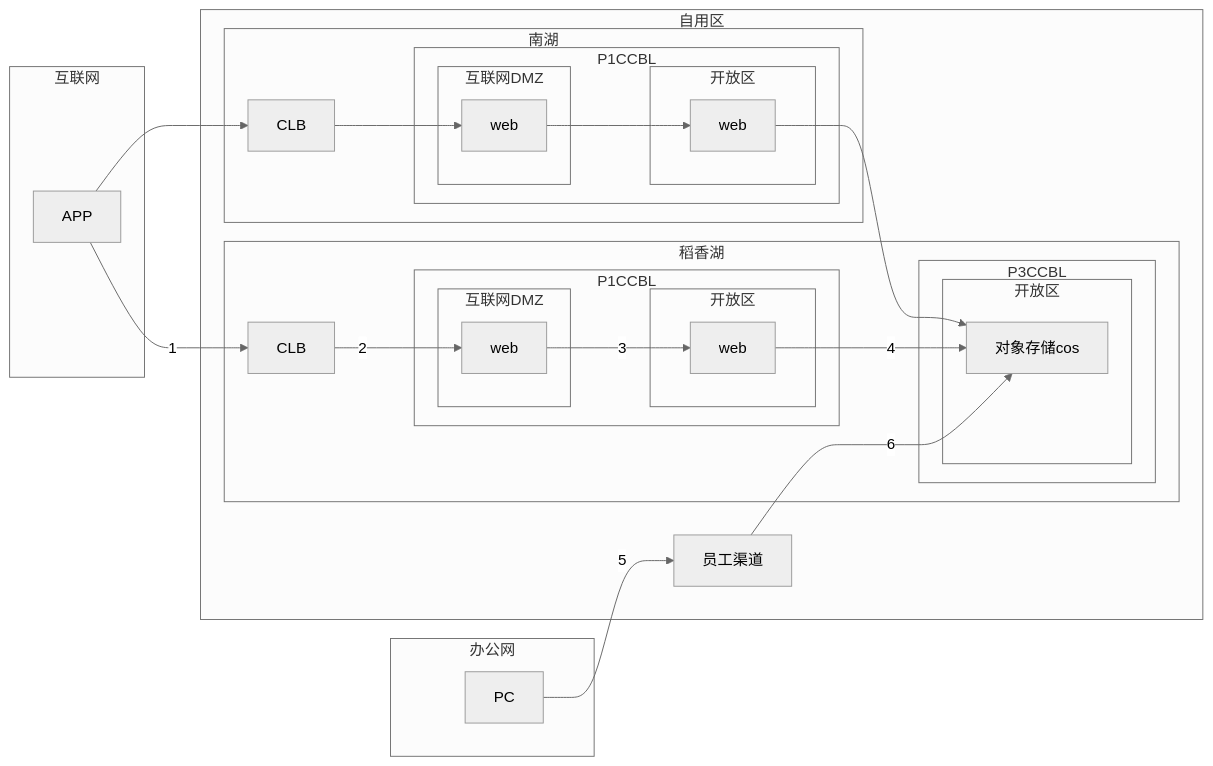
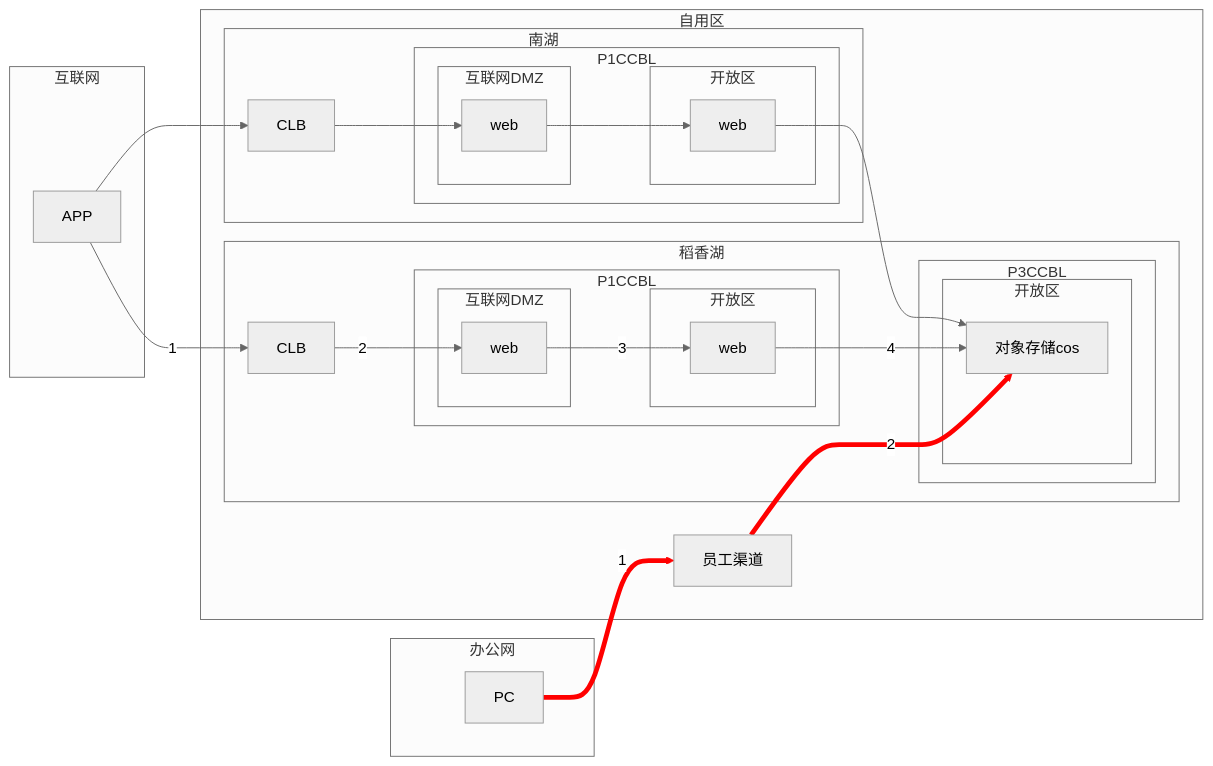
Before and after one commit to liyiye/C4-PlantUML: the second of 5 diagrams in 文件存储方案.md, drawn with Mermaid. The commit also changed other lines of this file and 1 other file, not shown here.

````diff
--- a/文件存储方案.md
+++ b/文件存储方案.md
@@ -46,55 +47,56 @@
 ```mermaid
 %%{init: {'theme': 'neutral'}}%%
 flowchart LR
     subgraph 互联网
         APP
     end
     
     subgraph 办公网 
         PC
     end
     
     subgraph 自用区 
         员工渠道
         
         subgraph 稻香湖
             CLB_D[CLB]
             subgraph P1CCBL_D[P1CCBL]
                 subgraph 互联网DMZ_D[互联网DMZ]
                         web_D[web]
                 end
                 subgraph 开放区_D[开放区]
                         ap_D[web]
                 end
             end
             subgraph P3CCBL
                 subgraph 开放区_P8[开放区]
                     cos[对象存储cos]
                 end
             end
         end
         subgraph 南湖
             CLB_N[CLB]
             subgraph P1CCBL_N[P1CCBL]
                 subgraph 互联网DMZ_N[互联网DMZ]
                     web_N[web]
                 end
                 subgraph 开放区_N[开放区]
                     ap_N[web]
                 end
             end
         end
     end
     
     APP-->|1|CLB_D
     CLB_D-->|2|web_D
     web_D-->|3|ap_D
     ap_D-->|4|cos
     APP-->CLB_N
     CLB_N-->web_N
     web_N-->ap_N
     ap_N-->cos
-    PC-->|5|员工渠道
-    员工渠道-->|6|cos
-    
+    PC-->|1|员工渠道
+    员工渠道-->|2|cos
+    linkStyle 8 stroke:red,stroke-width:5px
+    linkStyle 9 stroke:red,stroke-width:5px
 ```
````
